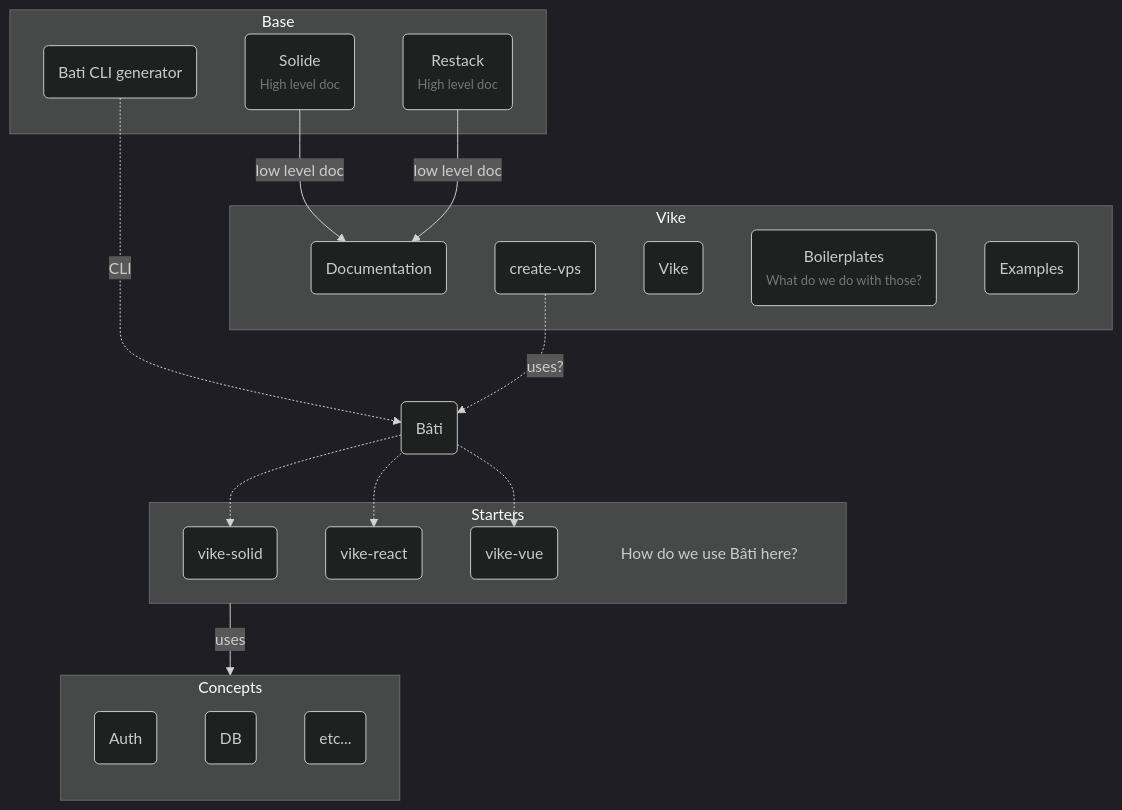
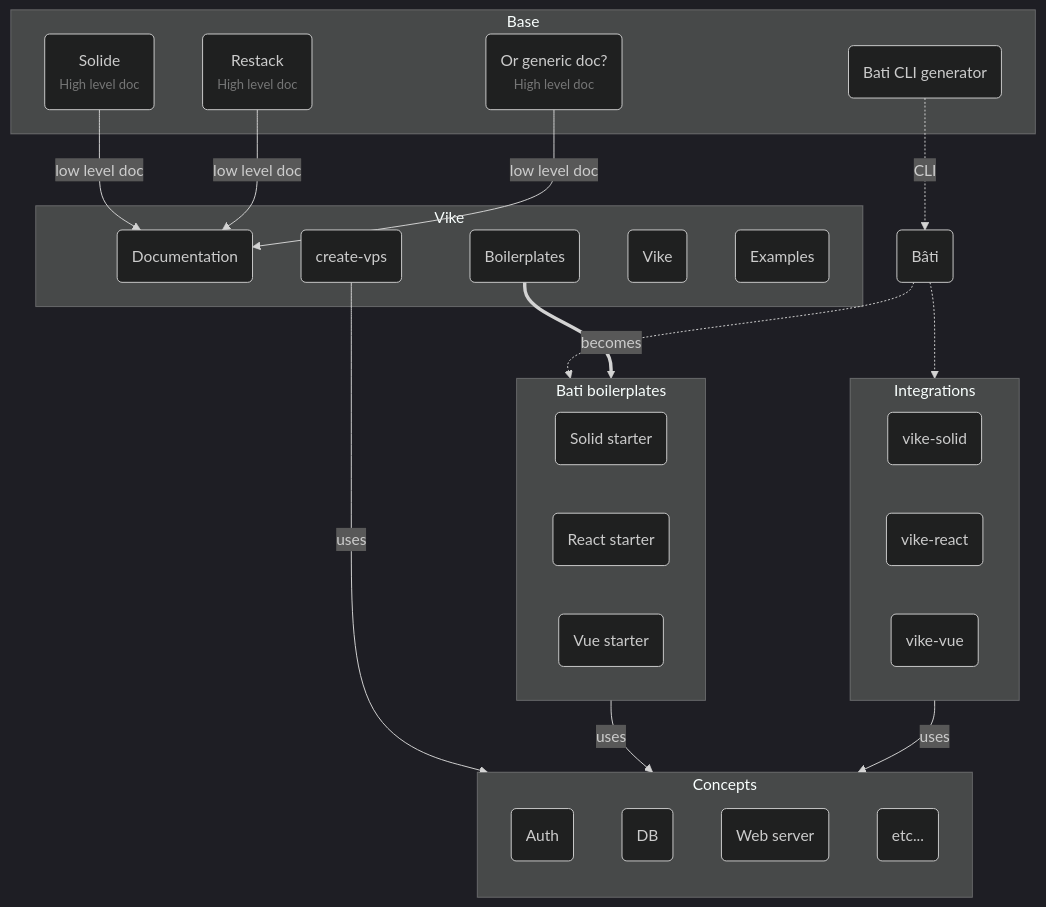
The diagram in doc/base.mmd (vikejs/bati), drawn with Mermaid before and after one commit.

```diff
--- a/doc/base.mmd
+++ b/doc/base.mmd
@@ -1,60 +1,65 @@
 %%{
   init: {
     "theme": "dark"
   }
 }%%
 
 flowchart TB
     Base_Solide -- low level doc --> Vike_doc
     Base_Restack -- low level doc --> Vike_doc
+    Base_generic -- low level doc --> Vike_doc
     Base_bati_CLI -. CLI .-> Bati
-    Bati -.-> Starters_solid
-    Bati -.-> Starters_react
-    Bati -.-> Starters_vue
-    Vike_create -. uses? .-> Bati
-
-    Starters -- uses --> Concepts
+    Bati -.-> Boilerplates
+    Bati -.-> Integrations
+    Vike_boilerplates == becomes ==> Boilerplates
+    Vike_create -- uses --> Concepts
+    Boilerplates -- uses --> Concepts
+    Integrations -- uses --> Concepts
 
     Bati("Bâti")
 
     subgraph Base
         Base_bati_CLI("
             Bati CLI generator
         ")
         Base_Solide("
             Solide
             <small style='opacity: 0.5'>High level doc</small>
         ")
         Base_Restack("
             Restack
             <small style='opacity: 0.5'>High level doc</small>
         ")
+        Base_generic("
+            Or generic doc?
+            <small style='opacity: 0.5'>High level doc</small>
+        ")
     end
 
     subgraph Vike
         Vike_lib("Vike")
-        Vike_boilerplates("
-            Boilerplates
-            <small style='opacity: 0.5'>What do we do with those?</small>
-        ")
+        Vike_boilerplates("Boilerplates")
         Vike_doc("Documentation")
+        Vike_create("create-vps")
         Vike_examples("Examples")
-        Vike_create("create-vps")
     end
 
-    subgraph Starters
-        text("
-            How do we use Bâti here?
-        ")
-        style text fill:transparent,stroke-width:0px
+    subgraph Integrations
         Starters_solid("vike-solid")
         Starters_react("vike-react")
         Starters_vue("vike-vue")
+    end
+
+    subgraph Boilerplates["Bati boilerplates"]
+        Boilerplates_solid("Solid starter")
+        Boilerplates_react("React starter")
+        Boilerplates_vue("Vue starter")
     end
 
     subgraph Concepts
         direction TB
         Concepts_auth("Auth")
         Concepts_db("DB")
+        Concepts_web("Web server")
         Concepts_etc("etc...")
     end
```
